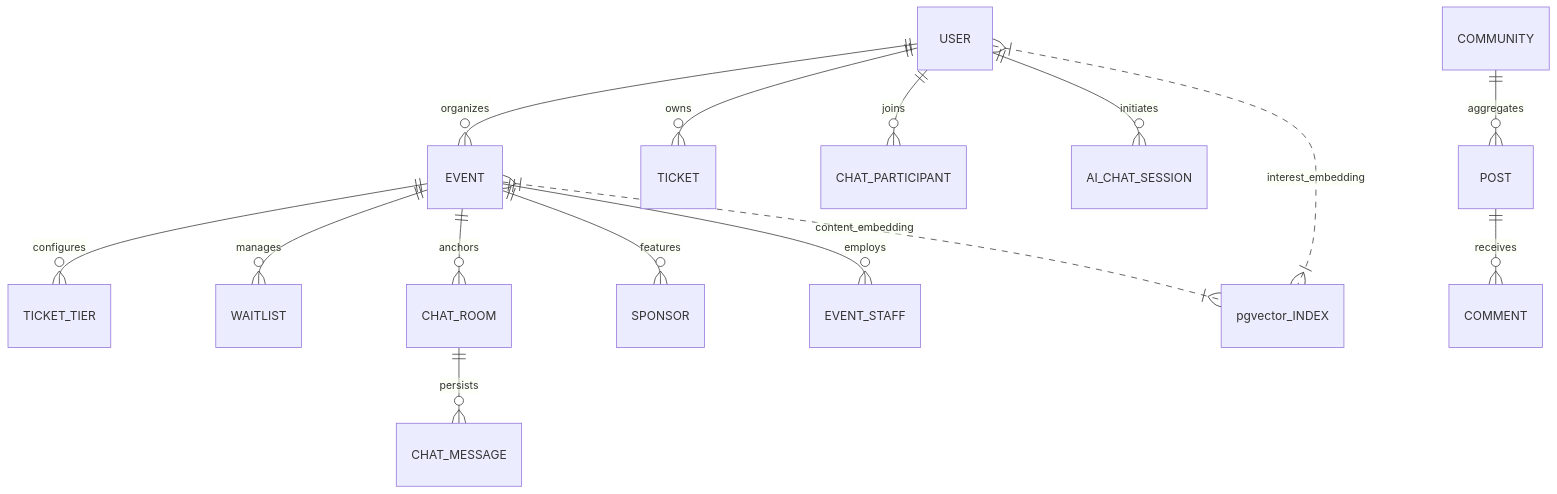
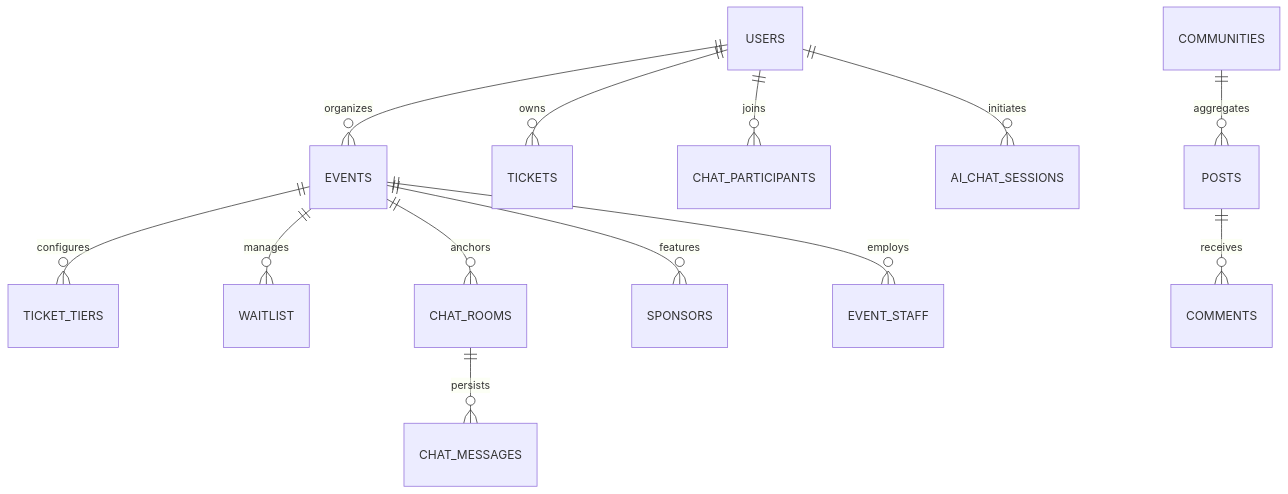
The fourth of 4 diagrams in README.md (ArrinPaul/Eventra), drawn with Mermaid before and after one commit. The commit also changed other lines of this file and 1 other file, not shown here.

````diff
--- a/README.md
+++ b/README.md
@@ -133,21 +116,18 @@
 ```mermaid
 erDiagram
-    USER ||--o{ EVENT : "organizes"
-    USER ||--o{ TICKET : "owns"
-    USER ||--o{ CHAT_PARTICIPANT : "joins"
-    USER ||--o{ AI_CHAT_SESSION : "initiates"
+    USERS ||--o{ EVENTS : "organizes"
+    USERS ||--o{ TICKETS : "owns"
+    USERS ||--o{ CHAT_PARTICIPANTS : "joins"
+    USERS ||--o{ AI_CHAT_SESSIONS : "initiates"
     
-    EVENT ||--o{ TICKET_TIER : "configures"
-    EVENT ||--o{ WAITLIST : "manages"
-    EVENT ||--o{ CHAT_ROOM : "anchors"
-    EVENT ||--o{ SPONSOR : "features"
-    EVENT ||--o{ EVENT_STAFF : "employs"
+    EVENTS ||--o{ TICKET_TIERS : "configures"
+    EVENTS ||--o{ WAITLIST : "manages"
+    EVENTS ||--o{ CHAT_ROOMS : "anchors"
+    EVENTS ||--o{ SPONSORS : "features"
+    EVENTS ||--o{ EVENT_STAFF : "employs"
 
-    COMMUNITY ||--o{ POST : "aggregates"
-    POST ||--o{ COMMENT : "receives"
+    COMMUNITIES ||--o{ POSTS : "aggregates"
+    POSTS ||--o{ COMMENTS : "receives"
     
-    CHAT_ROOM ||--o{ CHAT_MESSAGE : "persists"
-
-    USER }|..|{ pgvector_INDEX : "interest_embedding"
-    EVENT }|..|{ pgvector_INDEX : "content_embedding"
+    CHAT_ROOMS ||--o{ CHAT_MESSAGES : "persists"
 ```
````
